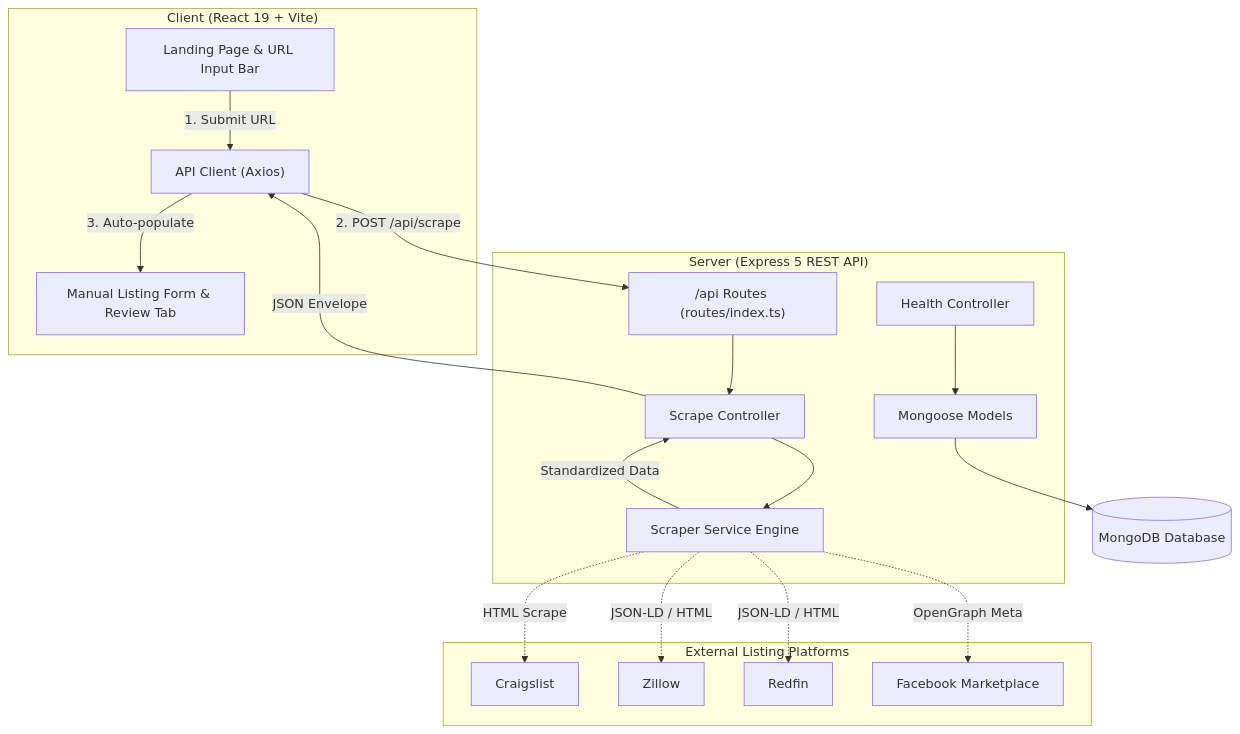
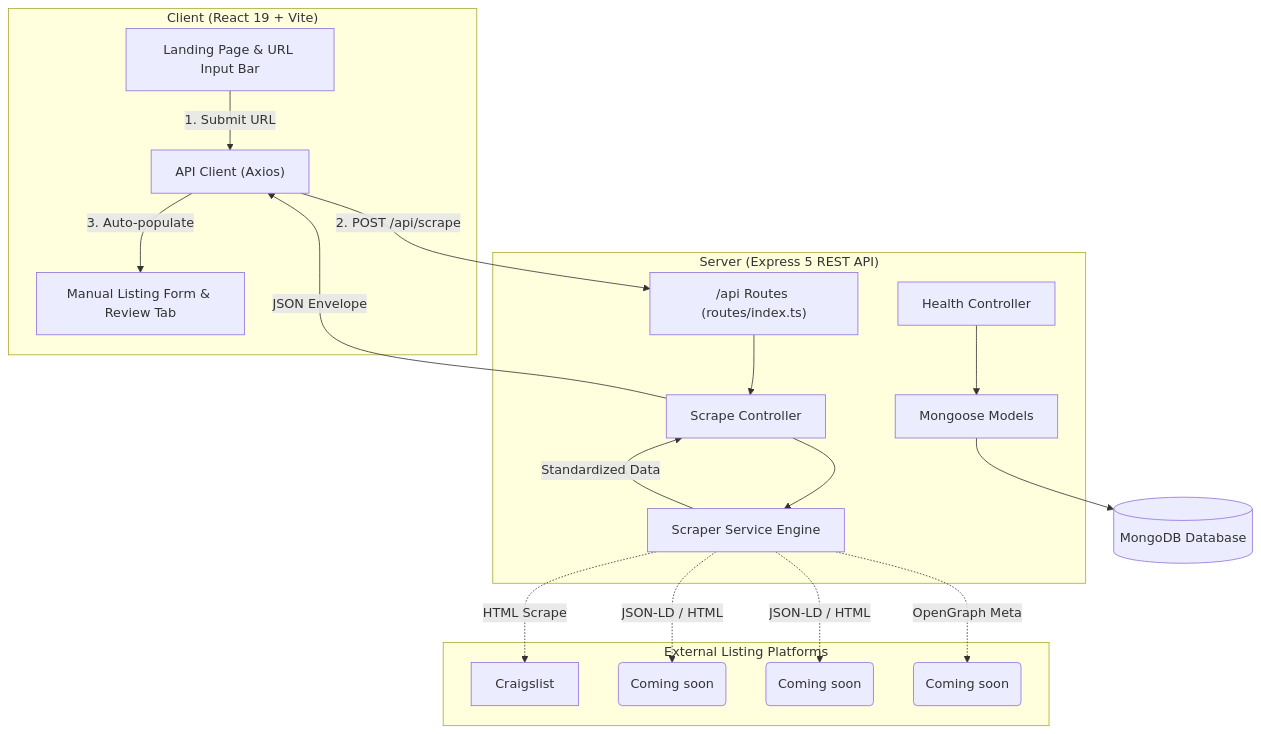
One commit to Verilet/Verilet changed the diagram in docs/architecture.md. Above: the diagram before and after it, drawn with Mermaid. The commit also changed other lines of this file, not shown here.

First line of the commit message:
Update architecture.md

````diff
--- a/docs/architecture.md
+++ b/docs/architecture.md
@@ -5,42 +5,42 @@
 ```mermaid
 flowchart TD
     subgraph Client["Client (React 19 + Vite)"]
         UI["Landing Page & URL Input Bar"]
         Form["Manual Listing Form & Review Tab"]
         ClientService["API Client (Axios)"]
     end
 
     subgraph Server["Server (Express 5 REST API)"]
         Router["/api Routes (routes/index.ts)"]
         ScrapeCtrl["Scrape Controller"]
         HealthCtrl["Health Controller"]
         ScraperService["Scraper Service Engine"]
         DBService["Mongoose Models"]
     end
 
     subgraph ExternalSources["External Listing Platforms"]
         Craigslist["Craigslist"]
         Zillow["Zillow"]
         Redfin["Redfin"]
         FB["Facebook Marketplace"]
     end
 
     DB[(MongoDB Database)]
 
     UI -->|"1. Submit URL"| ClientService
     ClientService -->|"2. POST /api/scrape"| Router
     Router --> ScrapeCtrl
     ScrapeCtrl --> ScraperService
 
     ScraperService -.->|"HTML Scrape"| Craigslist
-    ScraperService -.->|"JSON-LD / HTML"| Zillow
-    ScraperService -.->|"JSON-LD / HTML"| Redfin
-    ScraperService -.->|"OpenGraph Meta"| FB
+    ScraperService -.->|"JSON-LD / HTML"| Zillow(Coming soon)
+    ScraperService -.->|"JSON-LD / HTML"| Redfin(Coming soon)
+    ScraperService -.->|"OpenGraph Meta"| FB(Coming soon)
 
     ScraperService -->|"Standardized Data"| ScrapeCtrl
     ScrapeCtrl -->|"JSON Envelope"| ClientService
     ClientService -->|"3. Auto-populate"| Form
 
     HealthCtrl --> DBService
     DBService --> DB
 ```
````
